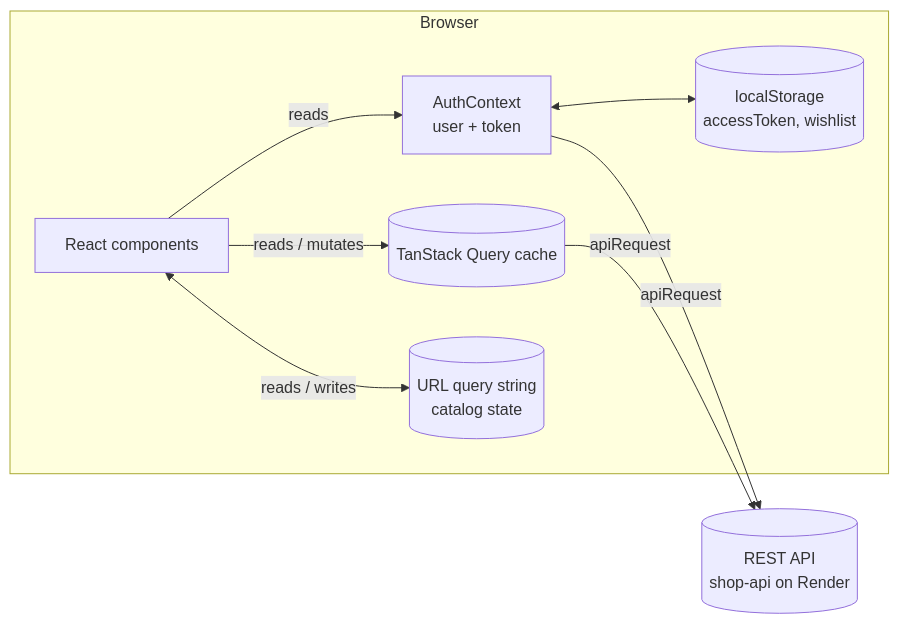
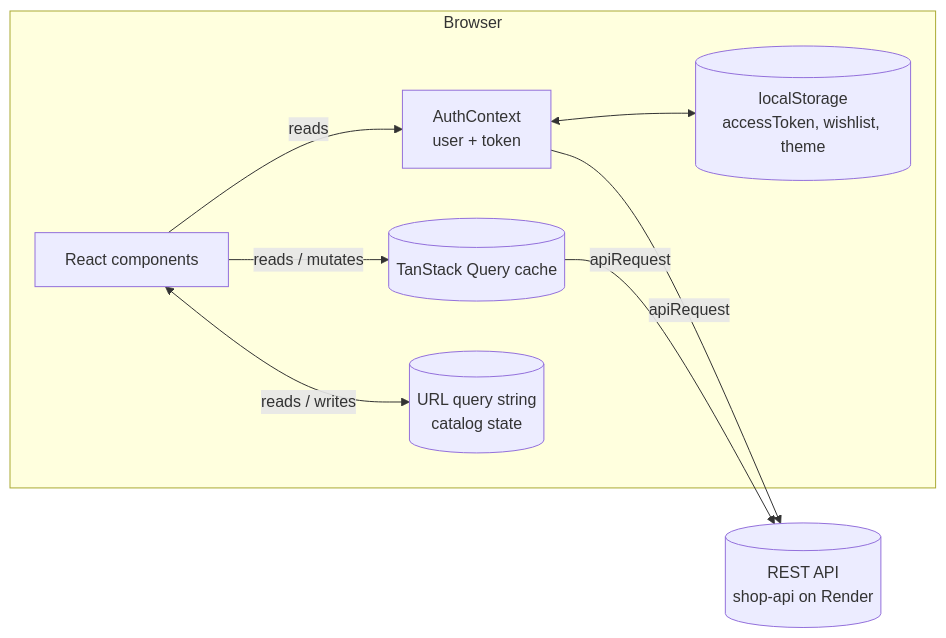
The first of 7 diagrams in ARCHITECTURE.md (skillwilldev/team-cyber-storefront), drawn with Mermaid before and after one commit. The commit also changed other lines of this file and 16 other files, not shown here.

````diff
--- a/ARCHITECTURE.md
+++ b/ARCHITECTURE.md
@@ -45,18 +45,18 @@
 ```mermaid
 flowchart LR
   subgraph Browser
     UI[React components]
     RQ[(TanStack Query cache)]
     AUTH[AuthContext<br/>user + token]
     URL[(URL query string<br/>catalog state)]
-    LS[(localStorage<br/>accessToken, wishlist)]
+    LS[(localStorage<br/>accessToken, wishlist, theme)]
   end
   API[(REST API<br/>shop-api on Render)]
 
   UI -->|reads / mutates| RQ
   UI -->|reads| AUTH
   UI <-->|reads / writes| URL
   AUTH <--> LS
   RQ -->|apiRequest| API
   AUTH -->|apiRequest| API
 ```
````
